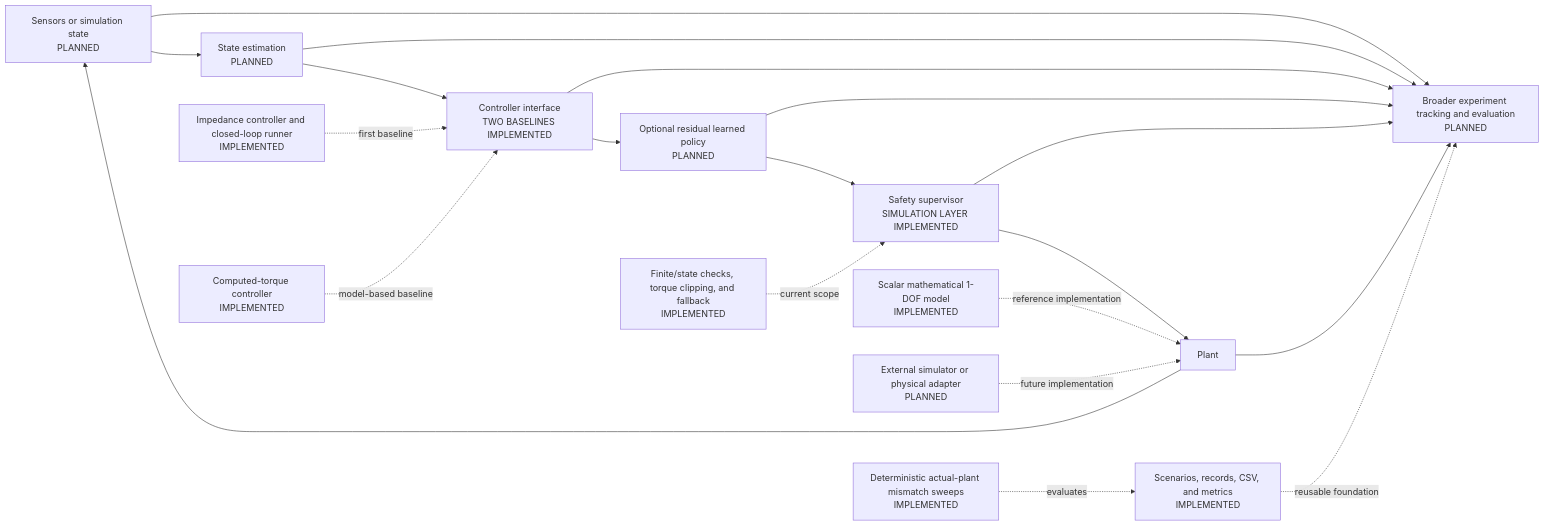
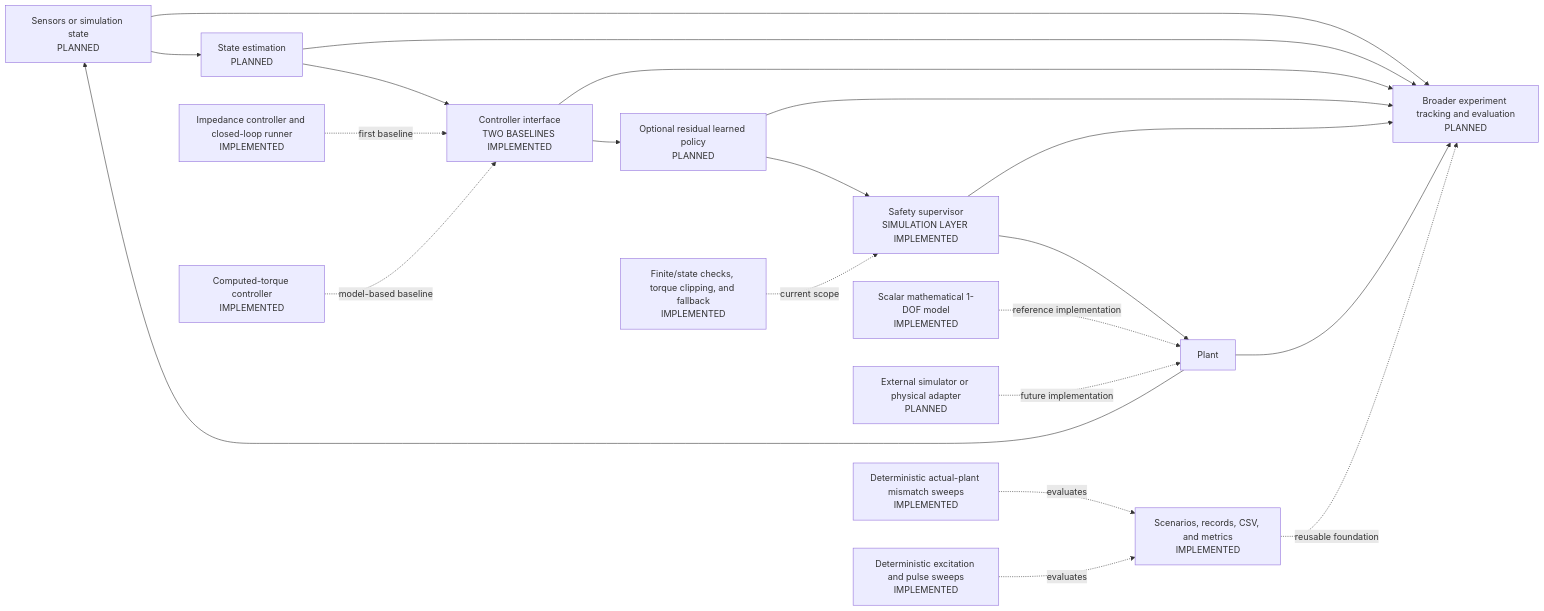
Before and after one commit to LeMonsieurPompidou/adaptive-assist: the second of 2 diagrams in docs/developer_guide.md, drawn with Mermaid. The commit also changed other lines of this file and 32 other files, not shown here.

````diff
--- a/docs/developer_guide.md
+++ b/docs/developer_guide.md
@@ -544,25 +622,26 @@
 ```mermaid
 flowchart LR
     A[Sensors or simulation state<br/>PLANNED] --> B[State estimation<br/>PLANNED]
     B --> C[Controller interface<br/>TWO BASELINES IMPLEMENTED]
     C --> D[Optional residual learned policy<br/>PLANNED]
     D --> E[Safety supervisor<br/>SIMULATION LAYER IMPLEMENTED]
     E --> F[Plant]
     F --> A
 
     F1[Scalar mathematical 1-DOF model<br/>IMPLEMENTED] -. reference implementation .-> F
     F2[External simulator or physical adapter<br/>PLANNED] -. future implementation .-> F
 
     A --> G[Broader experiment tracking and evaluation<br/>PLANNED]
     B --> G
     C --> G
     D --> G
     E --> G
     F --> G
 
     H[Scenarios, records, CSV, and metrics<br/>IMPLEMENTED] -. reusable foundation .-> G
     I[Impedance controller and closed-loop runner<br/>IMPLEMENTED] -. first baseline .-> C
     J[Computed-torque controller<br/>IMPLEMENTED] -. model-based baseline .-> C
     K[Finite/state checks, torque clipping, and fallback<br/>IMPLEMENTED] -. current scope .-> E
     L[Deterministic actual-plant mismatch sweeps<br/>IMPLEMENTED] -. evaluates .-> H
+    M[Deterministic excitation and pulse sweeps<br/>IMPLEMENTED] -. evaluates .-> H
 ```
````
